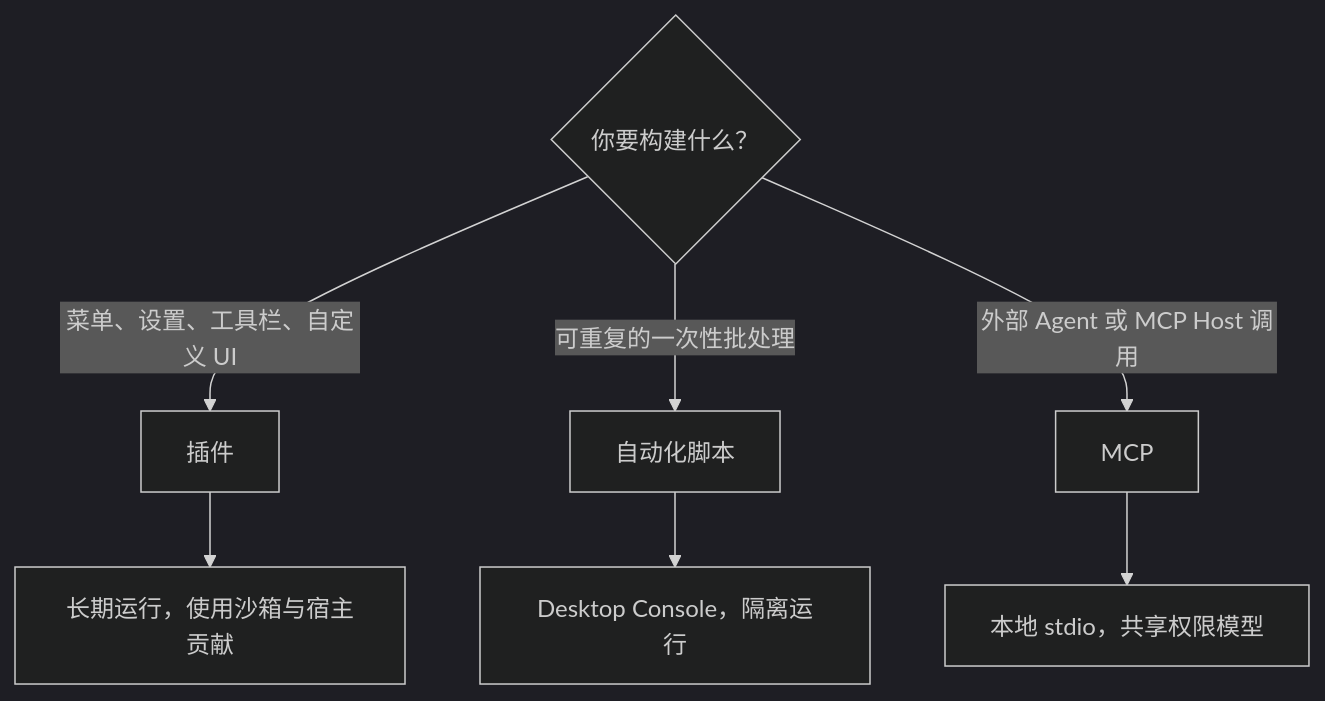
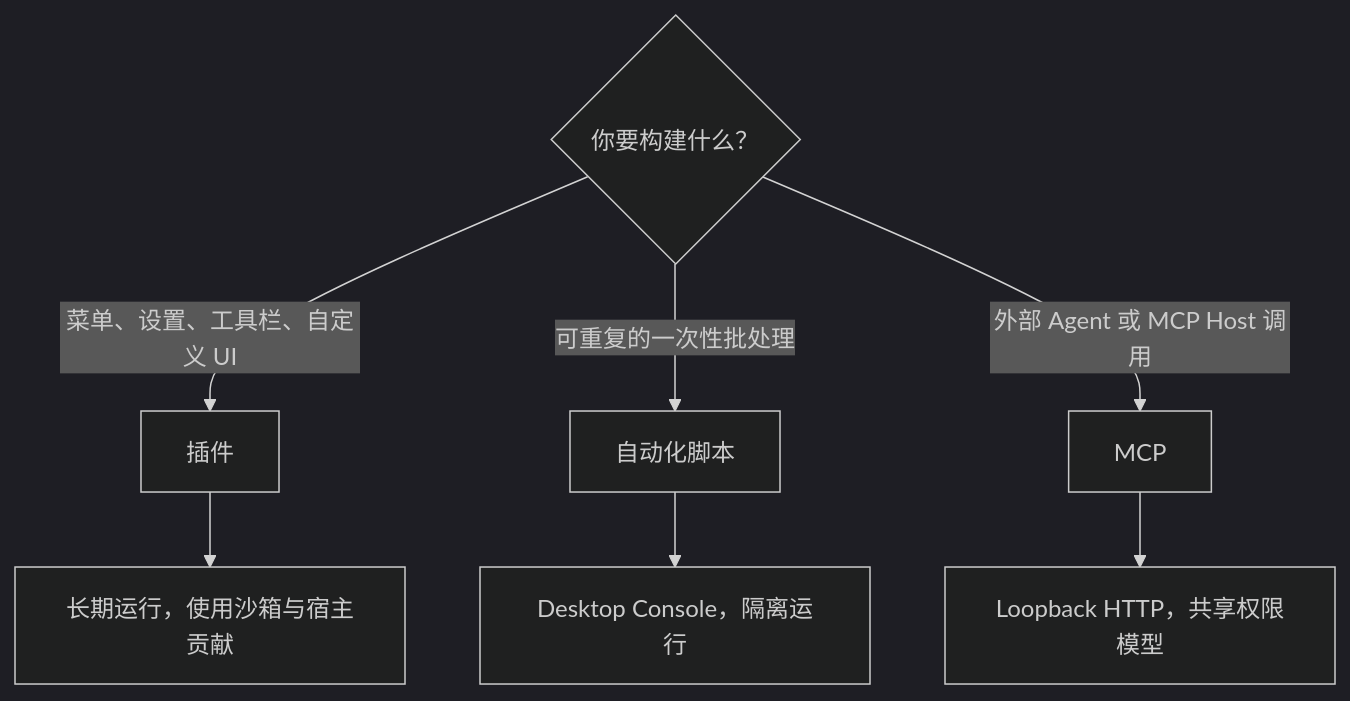
Before and after one commit to dolag233/Serpent: the diagram in docs/user-guide/extensions.md, drawn with Mermaid (dark theme). The commit also changed other lines of this file and 132 other files, not shown here.

````diff
--- a/docs/user-guide/extensions.md
+++ b/docs/user-guide/extensions.md
@@ -41,10 +41,10 @@
 ```mermaid
 flowchart TB
     Q{你要构建什么？}
     Q -->|菜单、设置、工具栏、自定义 UI| P[插件]
     Q -->|可重复的一次性批处理| S[自动化脚本]
     Q -->|外部 Agent 或 MCP Host 调用| M[MCP]
     P --> P2[长期运行，使用沙箱与宿主贡献]
     S --> S2[Desktop Console，隔离运行]
-    M --> M2[本地 stdio，共享权限模型]
+    M --> M2[Loopback HTTP，共享权限模型]
 ```
````
